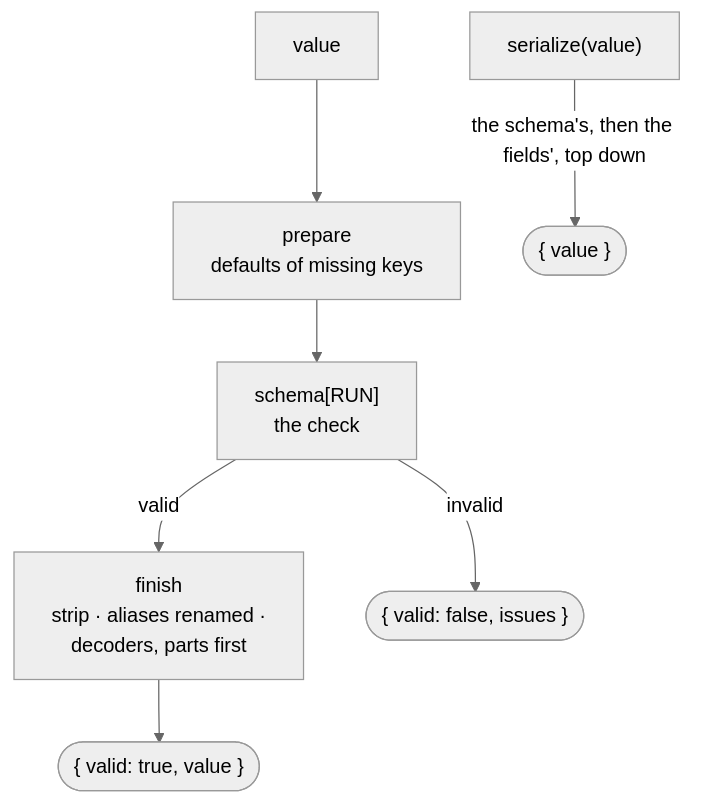
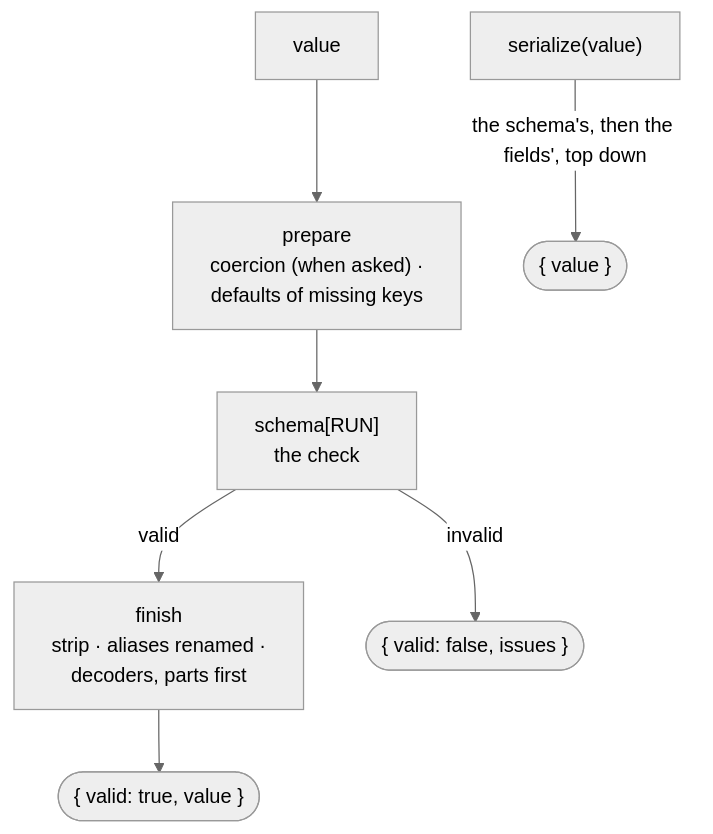
Before and after one commit to Alexis-Technologies/metaschema: the fifth of 9 diagrams in docs/guide/architecture.md, drawn with Mermaid (neutral theme). The commit also changed other lines of this file and 103 other files, not shown here.

First line of the commit message:
metaschema v3.3: coercion, ./derive, ./mongodb, 35 string formats (#7)

````diff
--- a/docs/guide/architecture.md
+++ b/docs/guide/architecture.md
@@ -125,9 +131,9 @@
 ```mermaid
 flowchart TB
-    IN["value"] --> P["prepare<br/>defaults of missing keys"]
+    IN["value"] --> P["prepare<br/>coercion (when asked) ·<br/>defaults of missing keys"]
     P --> RUN["schema[RUN]<br/>the check"]
     RUN -->|"valid"| F["finish<br/>strip · aliases renamed ·<br/>decoders, parts first"]
     RUN -->|"invalid"| BAD(["{ valid: false, issues }"])
     F --> OUT(["{ valid: true, value }"])
     SER["serialize(value)"] -->|"the schema's, then the fields', top down"| SOUT(["{ value }"])
 ```
````
